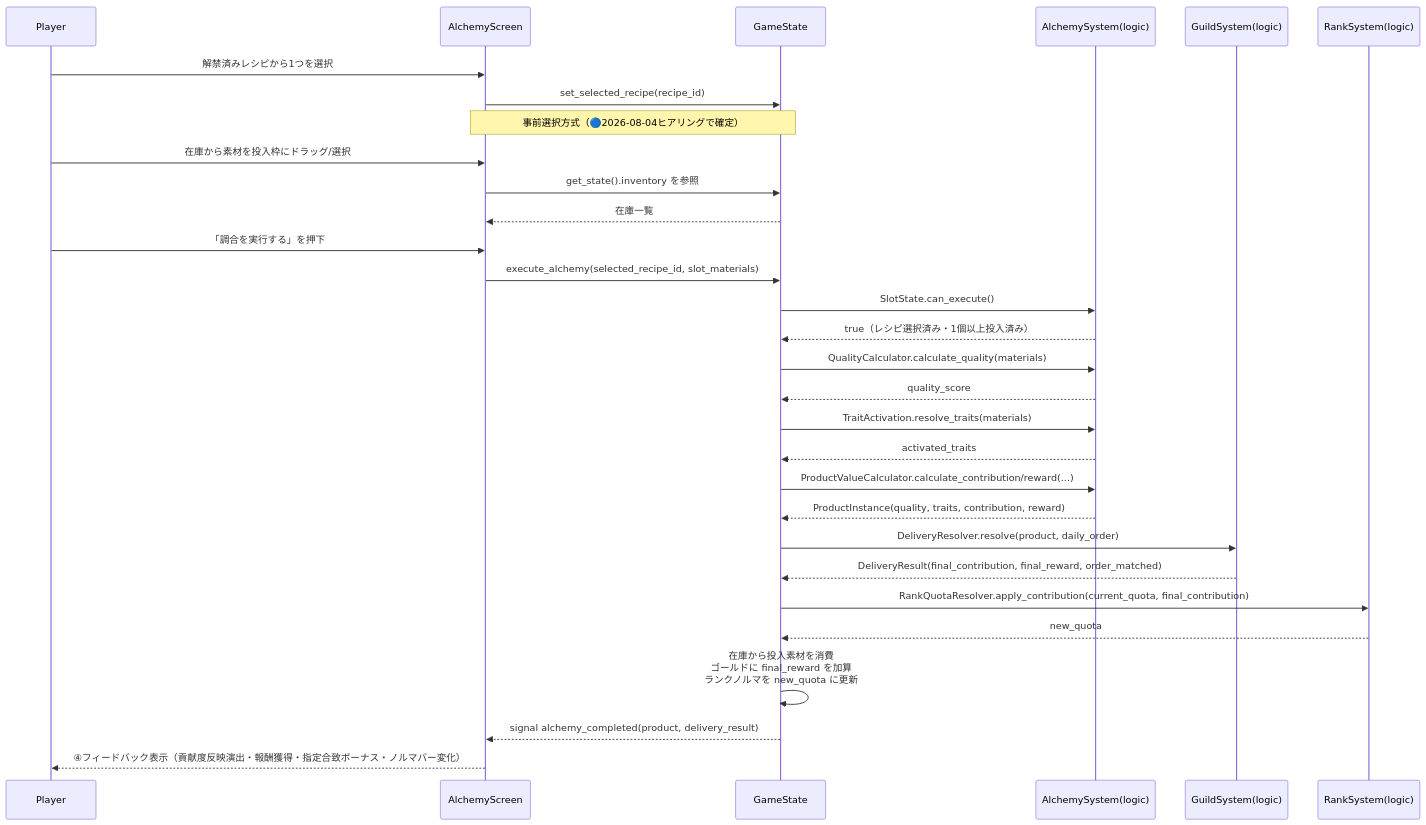
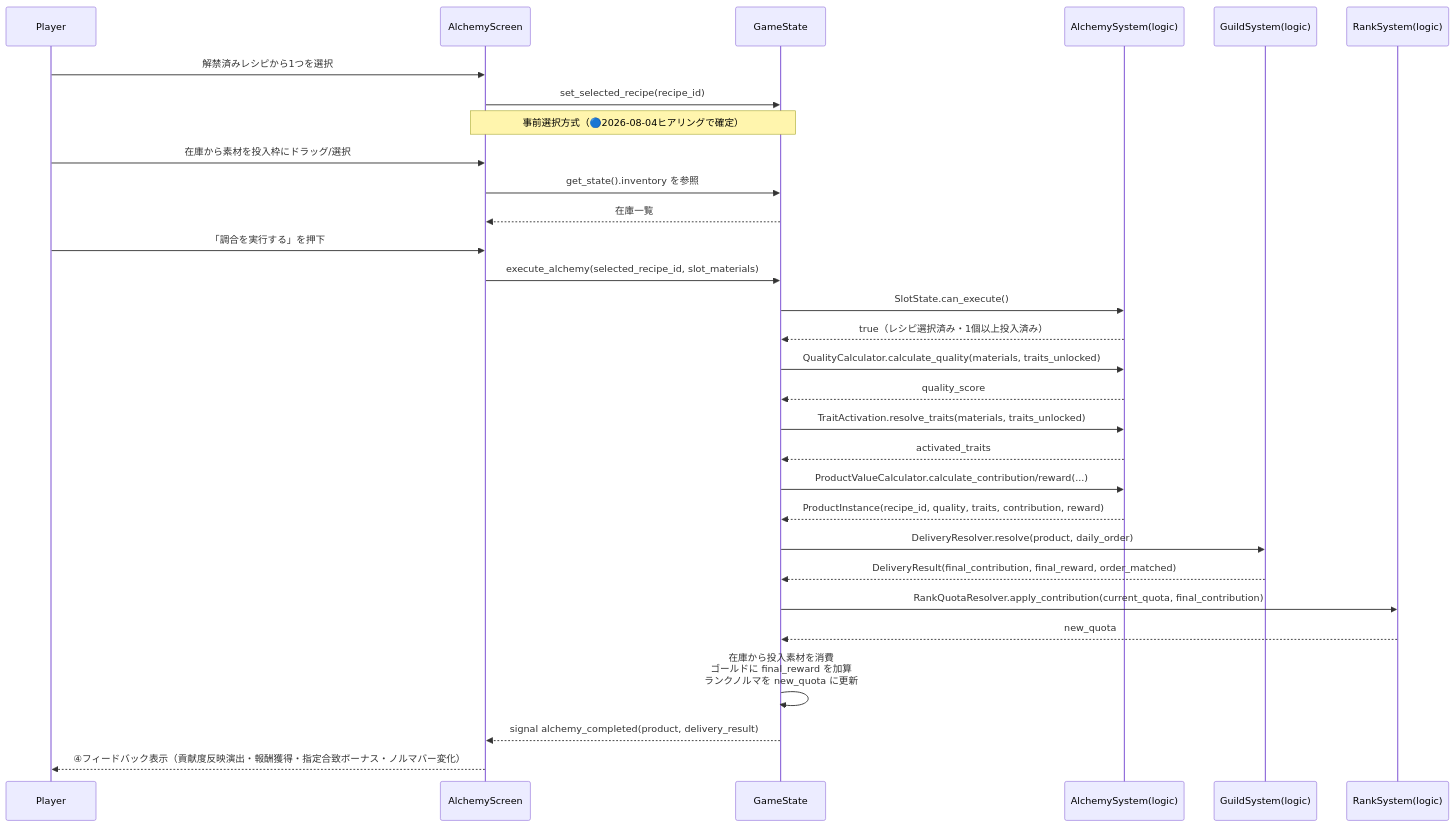
One commit to yaguma/alchemy-atelier changed the second of 5 diagrams in docs/design/atelier-alchemy-core/dataflow.md. Above: the diagram before and after it, drawn with Mermaid. The commit also changed other lines of this file and 2 other files, not shown here.

First line of the commit message:
docs: 設計文書の実装ブロッカー5件を修正（種インベントリ/ProductInstance/触媒生成/特性封印/庭スロット権威）

````diff
--- a/docs/design/atelier-alchemy-core/dataflow.md
+++ b/docs/design/atelier-alchemy-core/dataflow.md
@@ -60,43 +60,43 @@
 ```mermaid
 sequenceDiagram
     participant Player
     participant AlchemyUI as AlchemyScreen
     participant GameState
     participant AlchemyLogic as AlchemySystem(logic)
     participant GuildLogic as GuildSystem(logic)
     participant RankLogic as RankSystem(logic)
 
     Player->>AlchemyUI: 解禁済みレシピから1つを選択
     AlchemyUI->>GameState: set_selected_recipe(recipe_id)
     Note over AlchemyUI,GameState: 事前選択方式（🔵2026-08-04ヒアリングで確定）
 
     Player->>AlchemyUI: 在庫から素材を投入枠にドラッグ/選択
     AlchemyUI->>GameState: get_state().inventory を参照
     GameState-->>AlchemyUI: 在庫一覧
 
     Player->>AlchemyUI: 「調合を実行する」を押下
     AlchemyUI->>GameState: execute_alchemy(selected_recipe_id, slot_materials)
 
     GameState->>AlchemyLogic: SlotState.can_execute()
     AlchemyLogic-->>GameState: true（レシピ選択済み・1個以上投入済み）
 
-    GameState->>AlchemyLogic: QualityCalculator.calculate_quality(materials)
+    GameState->>AlchemyLogic: QualityCalculator.calculate_quality(materials, traits_unlocked)
     AlchemyLogic-->>GameState: quality_score
 
-    GameState->>AlchemyLogic: TraitActivation.resolve_traits(materials)
+    GameState->>AlchemyLogic: TraitActivation.resolve_traits(materials, traits_unlocked)
     AlchemyLogic-->>GameState: activated_traits
 
     GameState->>AlchemyLogic: ProductValueCalculator.calculate_contribution/reward(...)
-    AlchemyLogic-->>GameState: ProductInstance(quality, traits, contribution, reward)
+    AlchemyLogic-->>GameState: ProductInstance(recipe_id, quality, traits, contribution, reward)
 
     GameState->>GuildLogic: DeliveryResolver.resolve(product, daily_order)
     GuildLogic-->>GameState: DeliveryResult(final_contribution, final_reward, order_matched)
 
     GameState->>RankLogic: RankQuotaResolver.apply_contribution(current_quota, final_contribution)
     RankLogic-->>GameState: new_quota
 
     GameState->>GameState: 在庫から投入素材を消費<br/>ゴールドに final_reward を加算<br/>ランクノルマを new_quota に更新
 
     GameState-->>AlchemyUI: signal alchemy_completed(product, delivery_result)
     AlchemyUI-->>Player: ④フィードバック表示（貢献度反映演出・報酬獲得・指定合致ボーナス・ノルマバー変化）
 ```
````
